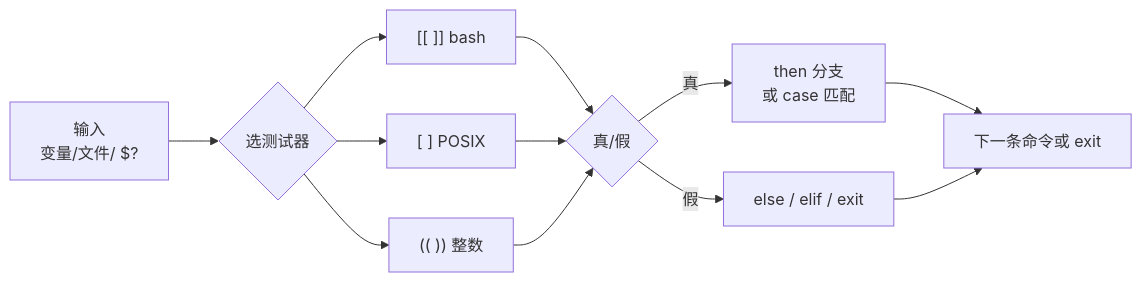
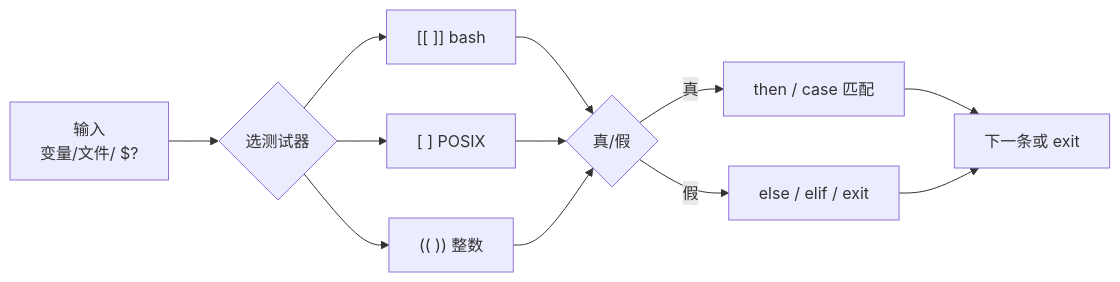
Before and after one commit to ml-cuizijun/LearnToLilith: the diagram in 05-开发能力/01-Shell/04-条件测试与流程控制/知识点.md, drawn with Mermaid. The commit also changed other lines of this file and 178 other files, not shown here.

````diff
--- a/05-开发能力/01-Shell/04-条件测试与流程控制/知识点.md
+++ b/05-开发能力/01-Shell/04-条件测试与流程控制/知识点.md
@@ -54,14 +51,14 @@
 ```mermaid
 flowchart LR
     A["输入<br/>变量/文件/ $?"] --> B{"选测试器"}
     B --> C["[[ ]] bash"]
     B --> D["[ ] POSIX"]
     B --> E["(( )) 整数"]
     C --> F{"真/假"}
     D --> F
     E --> F
-    F -->|真| G["then 分支<br/>或 case 匹配"]
+    F -->|真| G["then / case 匹配"]
     F -->|假| H["else / elif / exit"]
-    G --> I["下一条命令或 exit"]
+    G --> I["下一条或 exit"]
     H --> I
 ```
````
